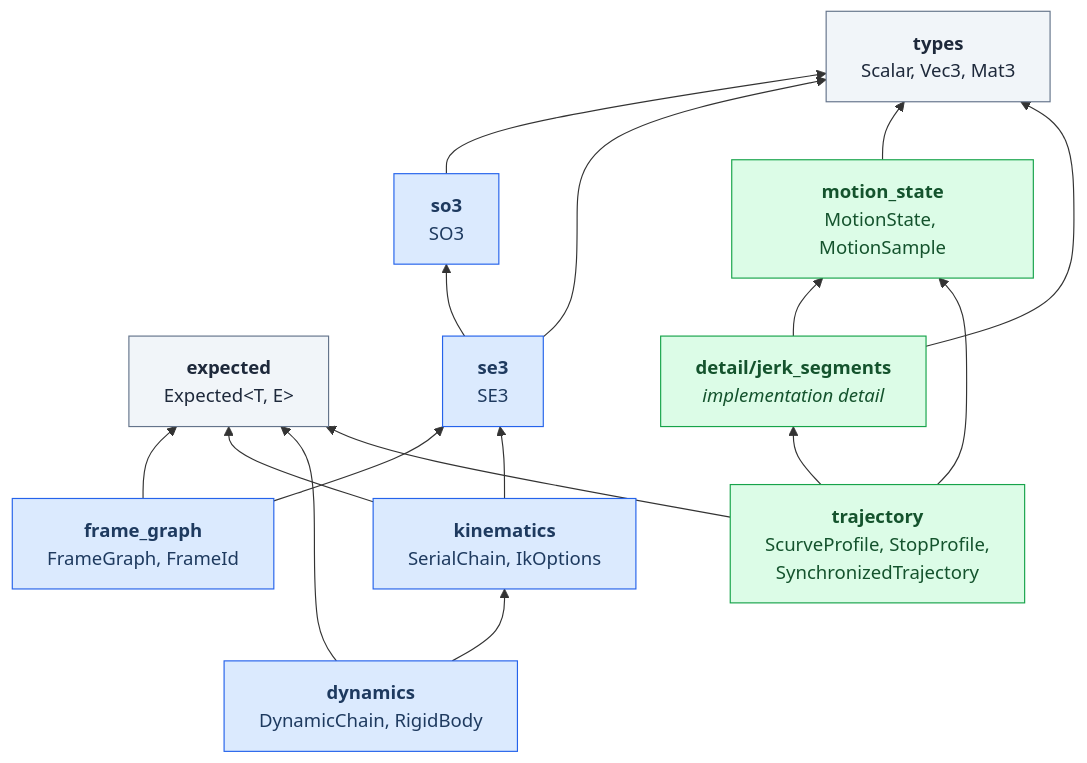
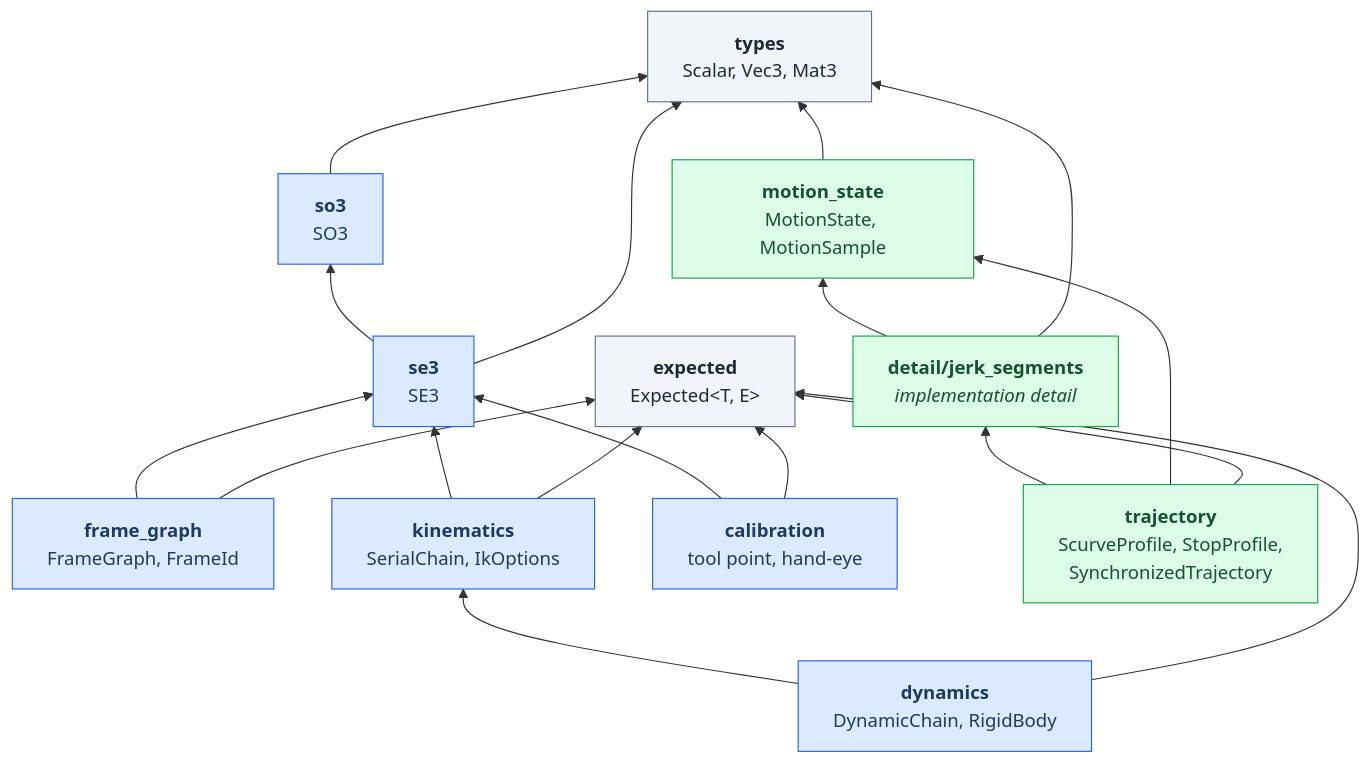
Before and after one commit to nightcityblade/motionkit: the third of 3 diagrams in docs/architecture.md, drawn with Mermaid. The commit also changed other lines of this file and 11 other files, not shown here.

````diff
--- a/docs/architecture.md
+++ b/docs/architecture.md
@@ -78,38 +78,41 @@
 ```mermaid
 flowchart BT
     types["<b>types</b><br/>Scalar, Vec3, Mat3"]
     expected["<b>expected</b><br/>Expected&lt;T, E&gt;"]
 
     so3["<b>so3</b><br/>SO3"]
     se3["<b>se3</b><br/>SE3"]
     frame["<b>frame_graph</b><br/>FrameGraph, FrameId"]
     kin["<b>kinematics</b><br/>SerialChain, IkOptions"]
     dyn["<b>dynamics</b><br/>DynamicChain, RigidBody"]
+    cal["<b>calibration</b><br/>tool point, hand-eye"]
 
     ms["<b>motion_state</b><br/>MotionState, MotionSample"]
     jerk["<b>detail/jerk_segments</b><br/><i>implementation detail</i>"]
     traj["<b>trajectory</b><br/>ScurveProfile, StopProfile,<br/>SynchronizedTrajectory"]
 
     so3 --> types
     se3 --> so3
     se3 --> types
     frame --> se3
     frame --> expected
     kin --> se3
     kin --> expected
     dyn --> kin
     dyn --> expected
+    cal --> se3
+    cal --> expected
     ms --> types
     jerk --> ms
     jerk --> types
     traj --> jerk
     traj --> ms
     traj --> expected
 
     classDef pose fill:#dbeafe,stroke:#2563eb,color:#1e3a5f
     classDef motion fill:#dcfce7,stroke:#16a34a,color:#14532d
     classDef base fill:#f1f5f9,stroke:#64748b,color:#1e293b
-    class so3,se3,frame,kin,dyn pose
+    class so3,se3,frame,kin,dyn,cal pose
     class ms,jerk,traj motion
     class types,expected base
 ```
````
